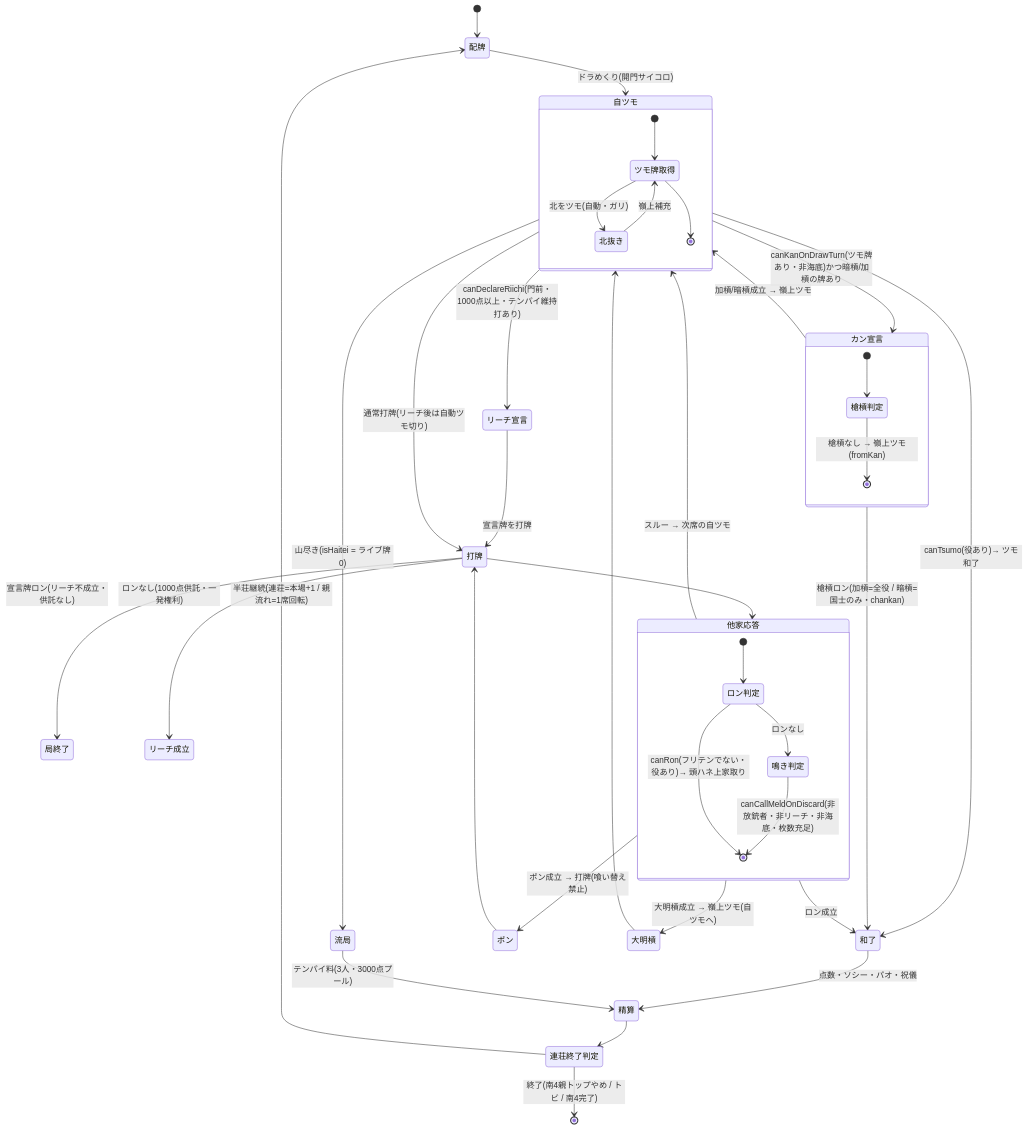
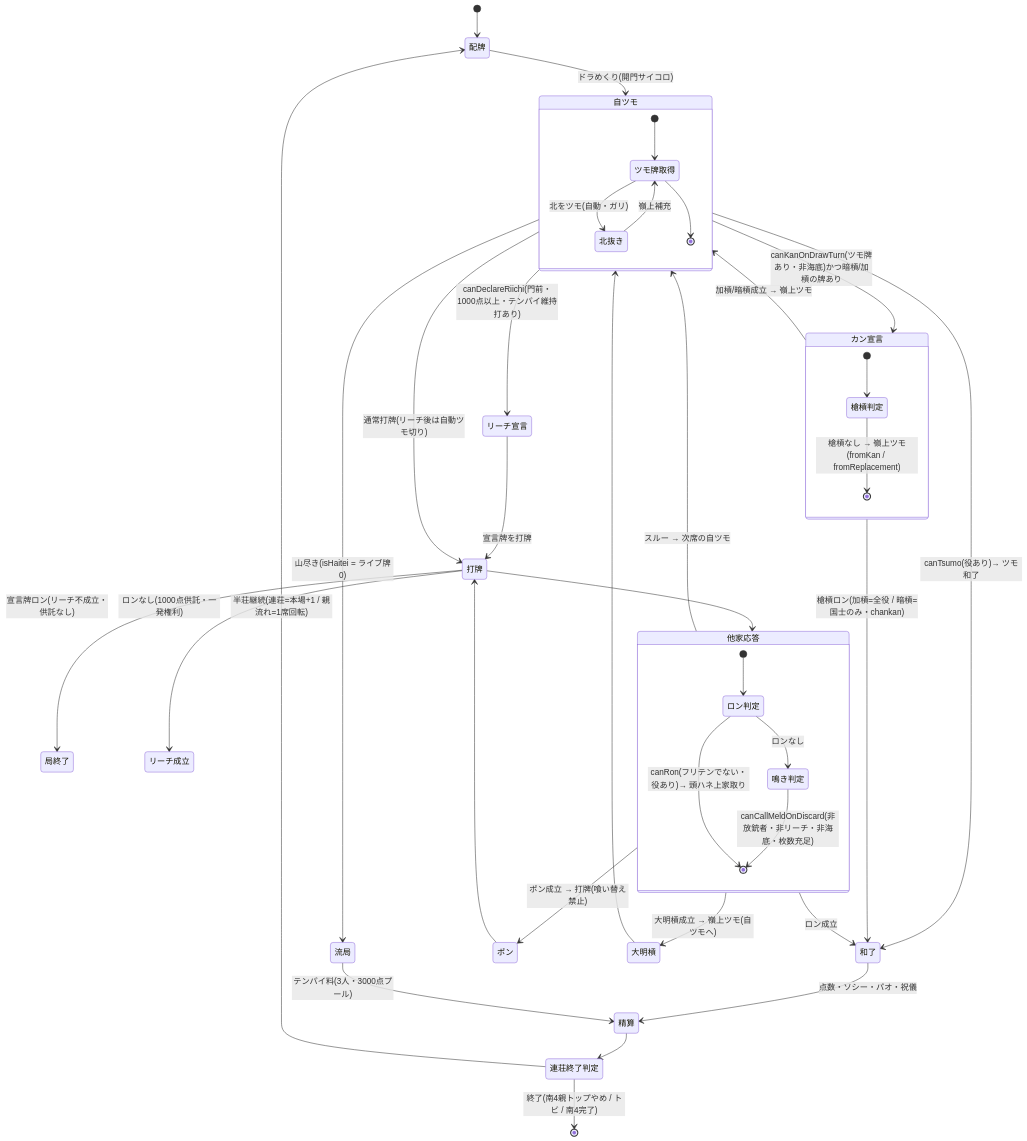
Before and after one commit to AutoDevJapan/FourBrosMahjong: the second of 2 diagrams in documents/spec/game-flow.md, drawn with Mermaid. The commit also changed other lines of this file and 3 other files, not shown here.

````diff
--- a/documents/spec/game-flow.md
+++ b/documents/spec/game-flow.md
@@ -38,48 +38,48 @@
 ```mermaid
 stateDiagram-v2
     [*] --> 配牌
     配牌 --> 自ツモ: ドラめくり(開門サイコロ)
 
     state 自ツモ {
         [*] --> ツモ牌取得
         ツモ牌取得 --> 北抜き: 北をツモ(自動・ガリ)
         北抜き --> ツモ牌取得: 嶺上補充
         ツモ牌取得 --> [*]
     }
 
     自ツモ --> 流局: 山尽き(isHaitei = ライブ牌0)
     自ツモ --> 和了: canTsumo(役あり)→ ツモ和了
     自ツモ --> リーチ宣言: canDeclareRiichi(門前・1000点以上・テンパイ維持打あり)
     自ツモ --> カン宣言: canKanOnDrawTurn(ツモ牌あり・非海底)かつ暗槓/加槓の牌あり
     自ツモ --> 打牌: 通常打牌(リーチ後は自動ツモ切り)
     リーチ宣言 --> 打牌: 宣言牌を打牌
     打牌 --> 局終了: 宣言牌ロン(リーチ不成立・供託なし)
     打牌 --> リーチ成立: ロンなし(1000点供託・一発権利)
 
     state カン宣言 {
         [*] --> 槍槓判定
-        槍槓判定 --> [*]: 槍槓なし → 嶺上ツモ(fromKan)
+        槍槓判定 --> [*]: 槍槓なし → 嶺上ツモ(fromKan / fromReplacement)
     }
     カン宣言 --> 自ツモ: 加槓/暗槓成立 → 嶺上ツモ
     カン宣言 --> 和了: 槍槓ロン(加槓=全役 / 暗槓=国士のみ・chankan)
 
     打牌 --> 他家応答
     state 他家応答 {
         [*] --> ロン判定
         ロン判定 --> [*]: canRon(フリテンでない・役あり)→ 頭ハネ上家取り
         ロン判定 --> 鳴き判定: ロンなし
         鳴き判定 --> [*]: canCallMeldOnDiscard(非放銃者・非リーチ・非海底・枚数充足)
     }
     他家応答 --> 和了: ロン成立
     他家応答 --> ポン: ポン成立 → 打牌(喰い替え禁止)
     他家応答 --> 大明槓: 大明槓成立 → 嶺上ツモ(自ツモへ)
     他家応答 --> 自ツモ: スルー → 次席の自ツモ
     ポン --> 打牌
     大明槓 --> 自ツモ
 
     和了 --> 精算: 点数・ソシー・パオ・祝儀
     流局 --> 精算: テンパイ料(3人・3000点プール)
     精算 --> 連荘終了判定
     連荘終了判定 --> 配牌: 半荘継続(連荘=本場+1 / 親流れ=1席回転)
     連荘終了判定 --> [*]: 終了(南4親トップやめ / トビ / 南4完了)
 ```
````
